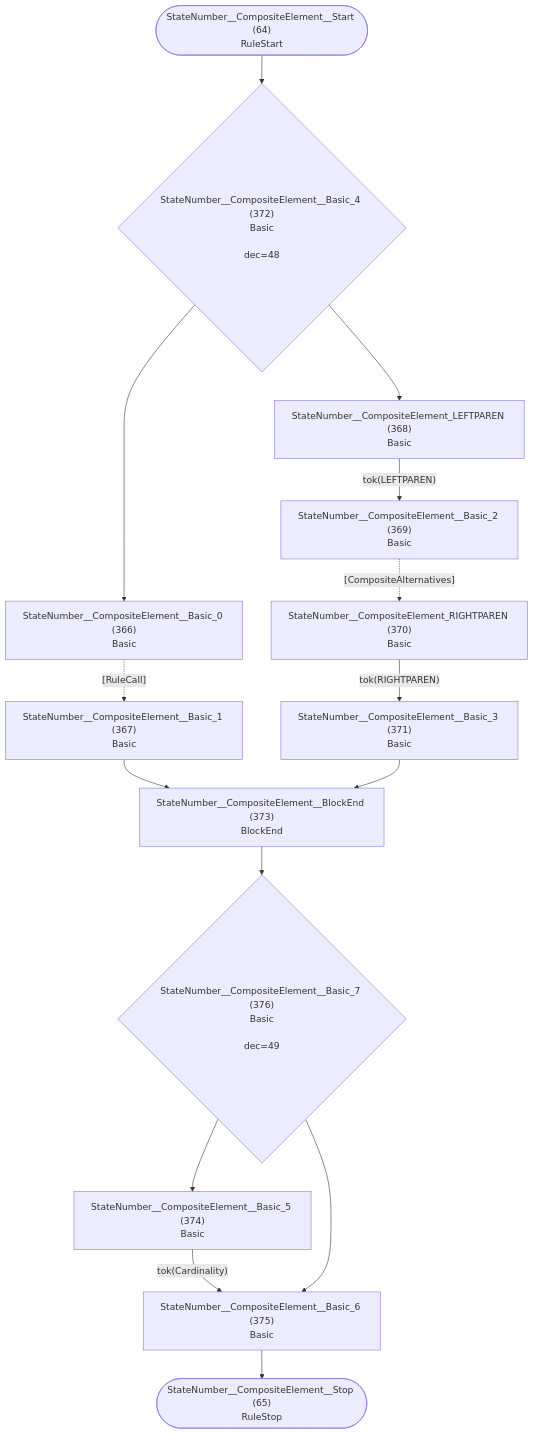
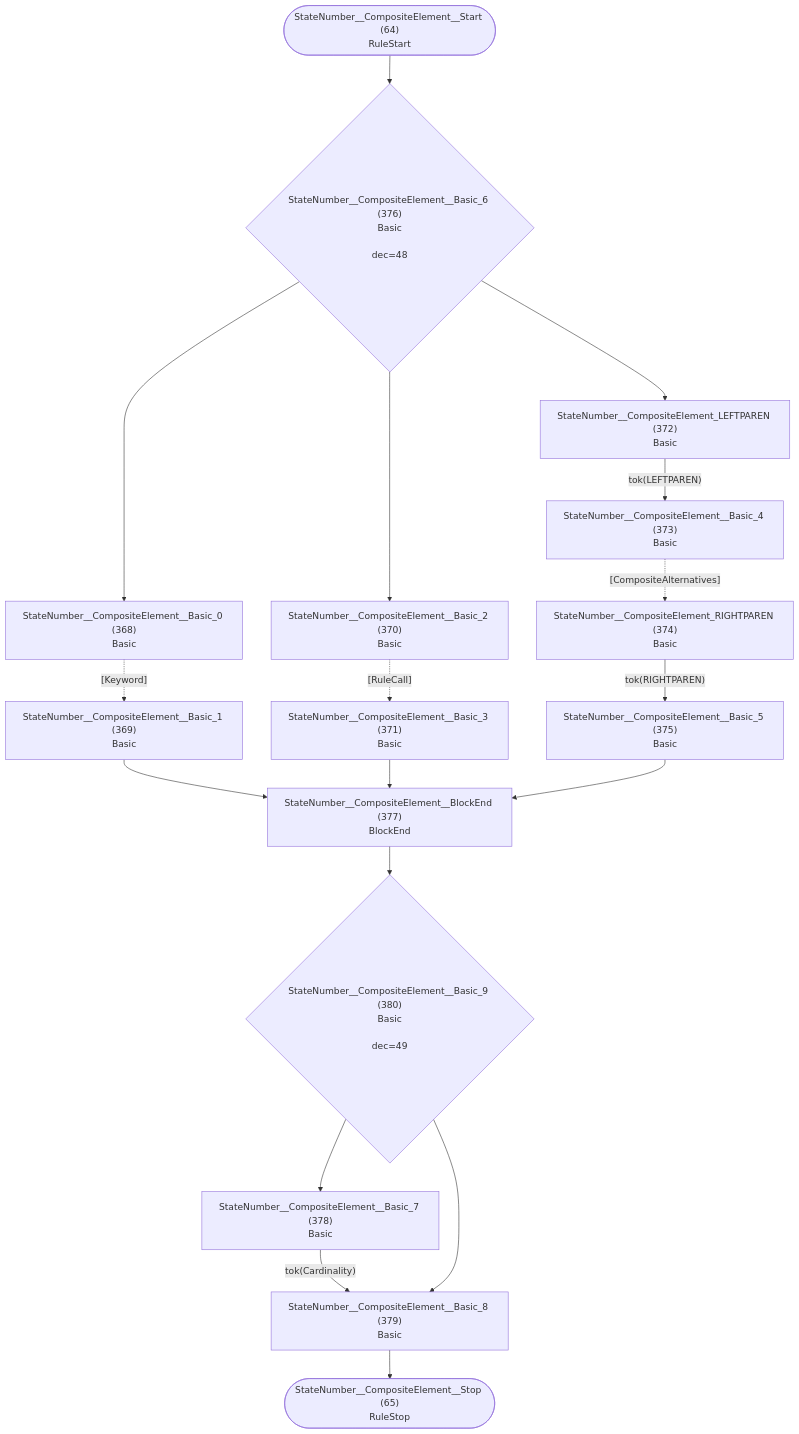
Before and after one commit to TypeFox/fastbelt: diagram 33 of 33 in internal/grammar/atn.md, drawn with Mermaid. The commit also changed other lines of this file and 6 other files, not shown here.

````diff
--- a/internal/grammar/atn.md
+++ b/internal/grammar/atn.md
@@ -989,31 +994,36 @@
 ```mermaid
 flowchart TD
     q64(["StateNumber__CompositeElement__Start (64)<br/>RuleStart"])
     q65(["StateNumber__CompositeElement__Stop (65)<br/>RuleStop"])
-    q366["StateNumber__CompositeElement__Basic_0 (366)<br/>Basic<br/>"]
-    q367["StateNumber__CompositeElement__Basic_1 (367)<br/>Basic<br/>"]
-    q368["StateNumber__CompositeElement_LEFTPAREN (368)<br/>Basic<br/>"]
-    q369["StateNumber__CompositeElement__Basic_2 (369)<br/>Basic<br/>"]
-    q370["StateNumber__CompositeElement_RIGHTPAREN (370)<br/>Basic<br/>"]
+    q368["StateNumber__CompositeElement__Basic_0 (368)<br/>Basic<br/>"]
+    q369["StateNumber__CompositeElement__Basic_1 (369)<br/>Basic<br/>"]
+    q370["StateNumber__CompositeElement__Basic_2 (370)<br/>Basic<br/>"]
     q371["StateNumber__CompositeElement__Basic_3 (371)<br/>Basic<br/>"]
-    q372{"StateNumber__CompositeElement__Basic_4 (372)<br/>Basic<br/><br/>dec=48"}
-    q373["StateNumber__CompositeElement__BlockEnd (373)<br/>BlockEnd<br/>"]
-    q374["StateNumber__CompositeElement__Basic_5 (374)<br/>Basic<br/>"]
-    q375["StateNumber__CompositeElement__Basic_6 (375)<br/>Basic<br/>"]
-    q376{"StateNumber__CompositeElement__Basic_7 (376)<br/>Basic<br/><br/>dec=49"}
+    q372["StateNumber__CompositeElement_LEFTPAREN (372)<br/>Basic<br/>"]
+    q373["StateNumber__CompositeElement__Basic_4 (373)<br/>Basic<br/>"]
+    q374["StateNumber__CompositeElement_RIGHTPAREN (374)<br/>Basic<br/>"]
+    q375["StateNumber__CompositeElement__Basic_5 (375)<br/>Basic<br/>"]
+    q376{"StateNumber__CompositeElement__Basic_6 (376)<br/>Basic<br/><br/>dec=48"}
+    q377["StateNumber__CompositeElement__BlockEnd (377)<br/>BlockEnd<br/>"]
+    q378["StateNumber__CompositeElement__Basic_7 (378)<br/>Basic<br/>"]
+    q379["StateNumber__CompositeElement__Basic_8 (379)<br/>Basic<br/>"]
+    q380{"StateNumber__CompositeElement__Basic_9 (380)<br/>Basic<br/><br/>dec=49"}
 
-    q64 --> q372
-    q366 -.->|"[RuleCall]"| q367
-    q367 --> q373
-    q368 -->|"tok(LEFTPAREN)"| q369
-    q369 -.->|"[CompositeAlternatives]"| q370
-    q370 -->|"tok(RIGHTPAREN)"| q371
-    q371 --> q373
-    q372 --> q366
-    q372 --> q368
-    q373 --> q376
-    q374 -->|"tok(Cardinality)"| q375
-    q375 --> q65
-    q376 --> q374
-    q376 --> q375
+    q64 --> q376
+    q368 -.->|"[Keyword]"| q369
+    q369 --> q377
+    q370 -.->|"[RuleCall]"| q371
+    q371 --> q377
+    q372 -->|"tok(LEFTPAREN)"| q373
+    q373 -.->|"[CompositeAlternatives]"| q374
+    q374 -->|"tok(RIGHTPAREN)"| q375
+    q375 --> q377
+    q376 --> q368
+    q376 --> q370
+    q376 --> q372
+    q377 --> q380
+    q378 -->|"tok(Cardinality)"| q379
+    q379 --> q65
+    q380 --> q378
+    q380 --> q379
 ```
````
